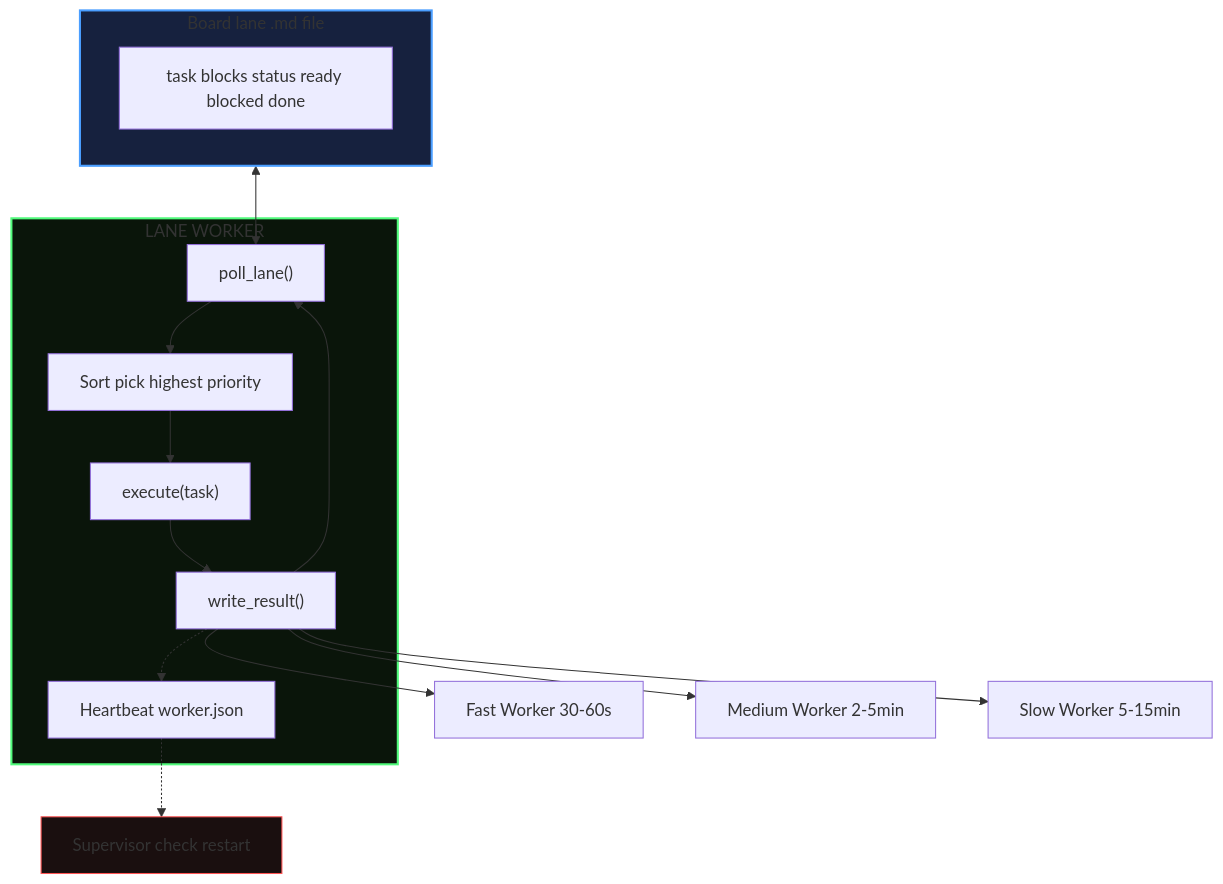
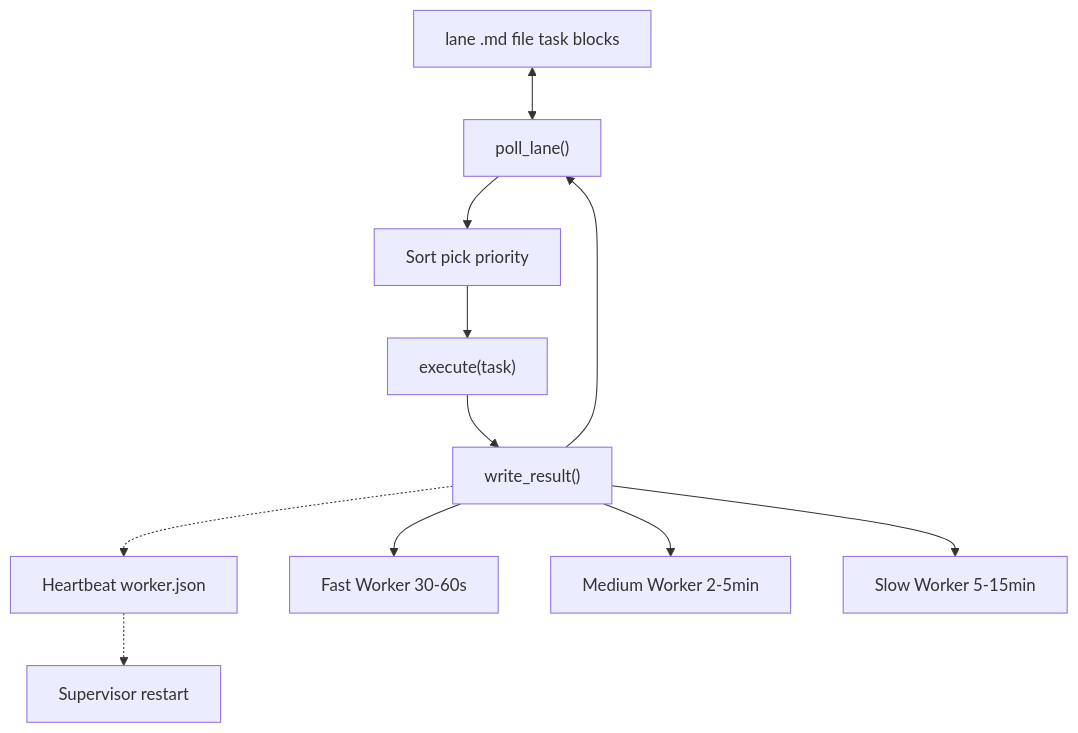
Before and after one commit to mmartoccia/ghost-orchestration-pattern: the diagram in diagrams/LANE_WORKERS.mmd, drawn with Mermaid. The commit also changed 4 other files, not shown here.

Commit message:
Strip all styling - GitHub Mermaid uses older version without fill/stroke support

````diff
--- a/diagrams/LANE_WORKERS.mmd
+++ b/diagrams/LANE_WORKERS.mmd
@@ -1,23 +1,16 @@
 ```mermaid
 flowchart TB
-    subgraph LF["Board lane .md file"]
-        L1["task blocks status ready blocked done"]
-    end
-    subgraph WORKER["LANE WORKER"]
-        P["poll_lane()"]
-        R["Sort pick highest priority"]
-        E["execute(task)"]
-        W["write_result()"]
-        H["Heartbeat worker.json"]
-        P --> R --> E --> W --> P
-        W -.-> H
-    end
-    LF <--> P
-    H -.-> S["Supervisor check restart"]
+    L["lane .md file task blocks"]
+    P["poll_lane()"]
+    R["Sort pick priority"]
+    E["execute(task)"]
+    W["write_result()"]
+    H["Heartbeat worker.json"]
+    P --> R --> E --> W --> P
+    L <--> P
+    W -.-> H
+    H -.-> S["Supervisor restart"]
     W --> T1["Fast Worker 30-60s"]
     W --> T2["Medium Worker 2-5min"]
     W --> T3["Slow Worker 5-15min"]
-    style LF fill:#16213e,stroke:#4a9eff,stroke-width:2px
-    style WORKER fill:#0a150a,stroke:#50fa7b,stroke-width:2px
-    style S fill:#1a0f0f,stroke:#ff5555,stroke-width:1px
 ```
````
